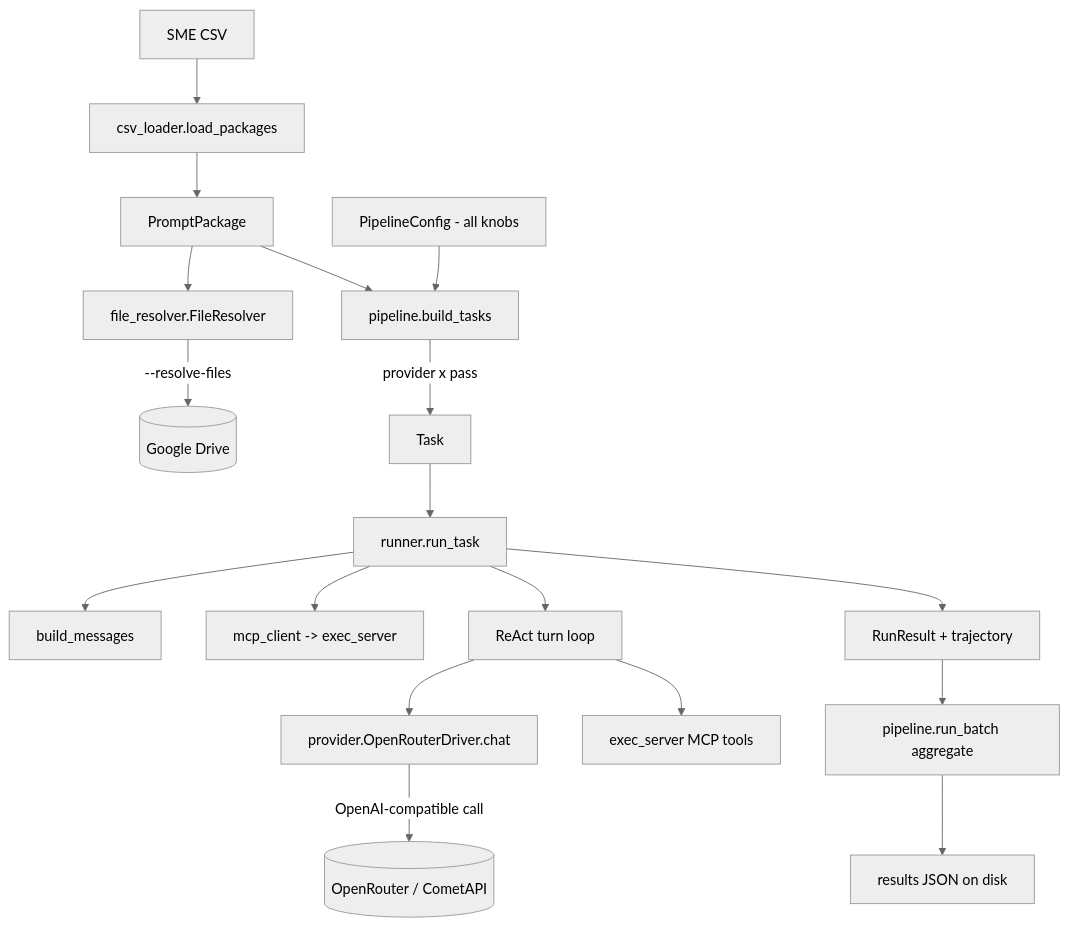
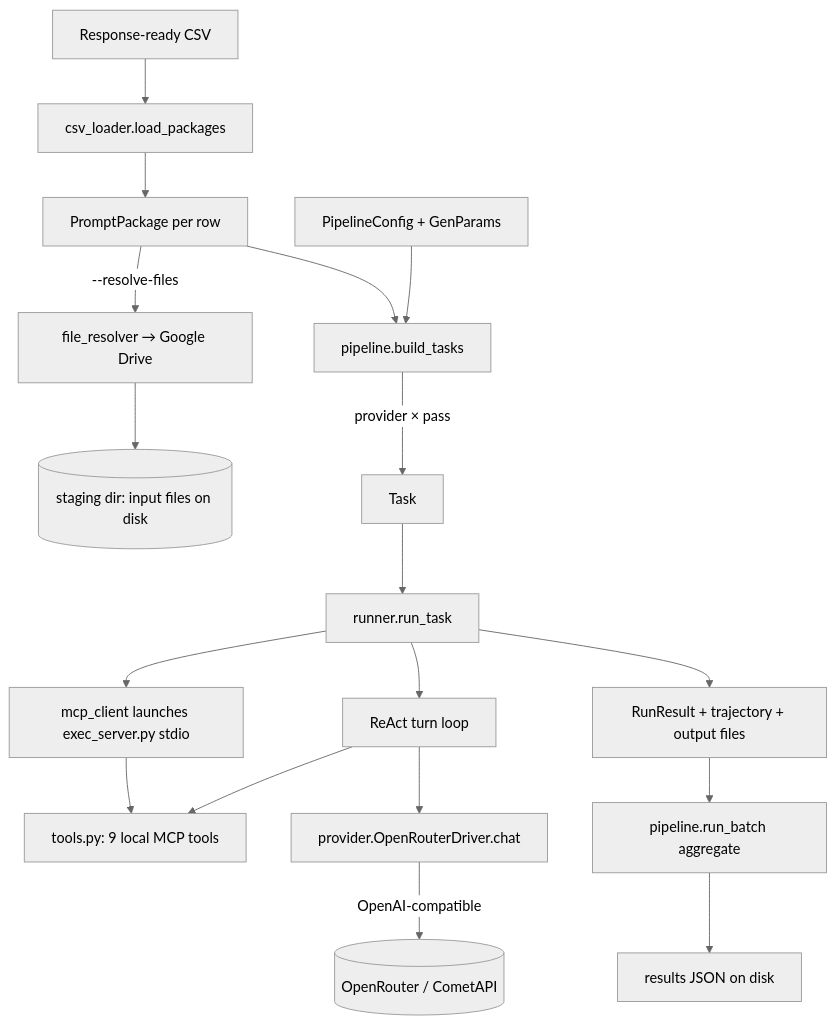
The diagram in dra_harness/DATAFLOW.md (tanm-ast-deccan/dra-response-gen), drawn with Mermaid (neutral theme) before and after one commit. The commit also changed other lines of this file and 5 other files, not shown here.

````diff
--- a/dra_harness/DATAFLOW.md
+++ b/dra_harness/DATAFLOW.md
@@ -12,20 +18,20 @@
 ```mermaid
 flowchart TD
-    CSV[SME CSV] --> Loader[csv_loader.load_packages]
-    Loader --> Pkg[PromptPackage]
-    Pkg --> Resolve[file_resolver.FileResolver]
-    Resolve -->|--resolve-files| Drive[(Google Drive)]
+    CSV[Response-ready CSV] --> Loader[csv_loader.load_packages]
+    Loader --> Pkg[PromptPackage per row]
+    Pkg -->|--resolve-files| Resolve[file_resolver → Google Drive]
+    Resolve --> Stage[(staging dir: input files on disk)]
     Pkg --> Fan[pipeline.build_tasks]
-    Cfg[PipelineConfig - all knobs] --> Fan
-    Fan -->|provider x pass| Task[Task]
+    Cfg[PipelineConfig + GenParams] --> Fan
+    Fan -->|provider × pass| Task[Task]
     Task --> Runner[runner.run_task]
-    Runner --> Build[build_messages]
-    Runner --> MCP[mcp_client -> exec_server]
+    Runner --> MCP[mcp_client launches exec_server.py stdio]
+    MCP --> Tools[tools.py: 9 local MCP tools]
     Runner --> Loop[ReAct turn loop]
     Loop --> Driver[provider.OpenRouterDriver.chat]
-    Driver -->|OpenAI-compatible call| OR[(OpenRouter / CometAPI)]
-    Loop --> Tools[exec_server MCP tools]
-    Runner --> Result[RunResult + trajectory]
+    Driver -->|OpenAI-compatible| OR[(OpenRouter / CometAPI)]
+    Loop --> Tools
+    Runner --> Result[RunResult + trajectory + output files]
     Result --> Agg[pipeline.run_batch aggregate]
     Agg --> JSON[results JSON on disk]
 ```
````
